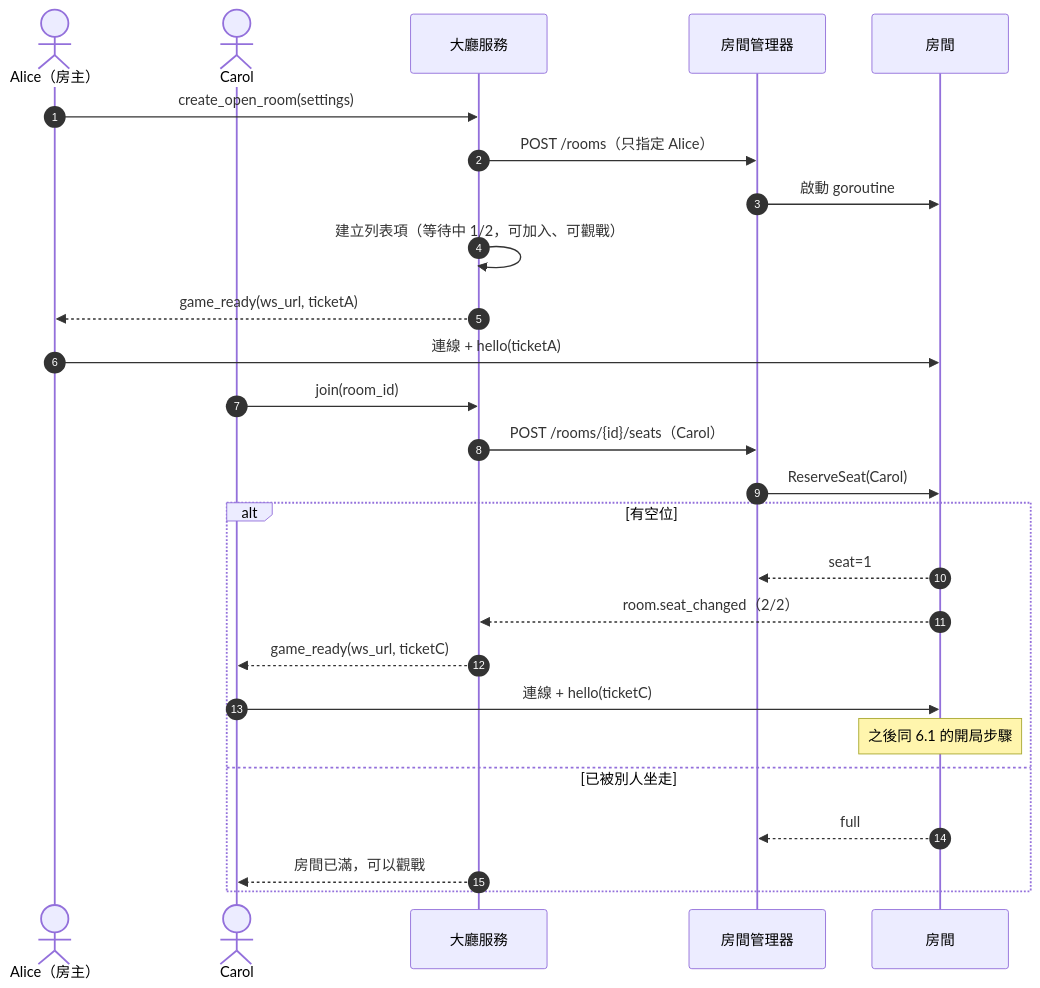
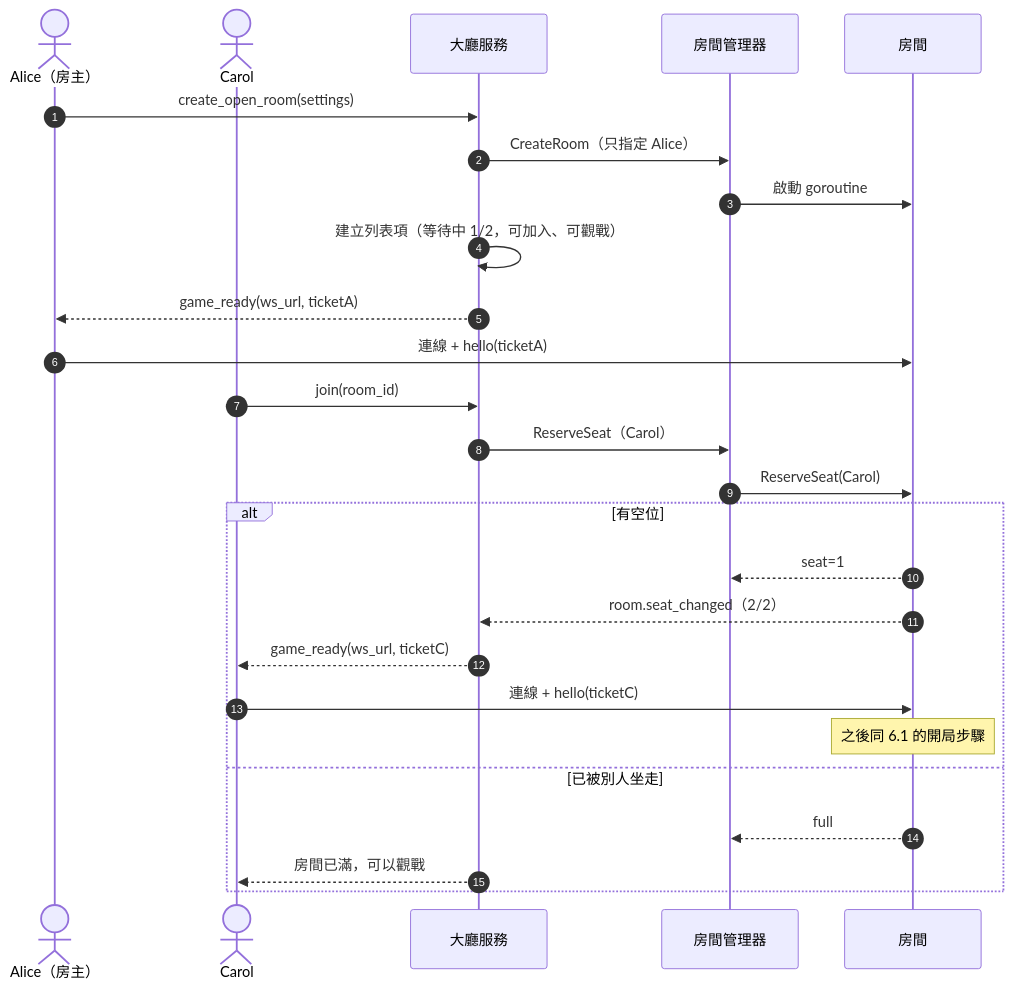
One commit to yshsu0918/yi-arena changed the third of 5 diagrams in docs/arch2.md. Above: the diagram before and after it, drawn with Mermaid. The commit also changed other lines of this file and 1 other file, not shown here.

First line of the commit message:
Decide route: thin Go lobby, three separate services over gRPC; add roadmap

````diff
--- a/docs/arch2.md
+++ b/docs/arch2.md
@@ -317,29 +330,29 @@
 ```mermaid
 sequenceDiagram
   autonumber
   actor A as Alice（房主）
   actor C as Carol
   participant L as 大廳服務
   participant M as 房間管理器
   participant R as 房間
 
   A->>L: create_open_room(settings)
-  L->>M: POST /rooms（只指定 Alice）
+  L->>M: CreateRoom（只指定 Alice）
   M->>R: 啟動 goroutine
   L->>L: 建立列表項（等待中 1/2，可加入、可觀戰）
   L-->>A: game_ready(ws_url, ticketA)
   A->>R: 連線 + hello(ticketA)
   C->>L: join(room_id)
-  L->>M: POST /rooms/{id}/seats（Carol）
+  L->>M: ReserveSeat（Carol）
   M->>R: ReserveSeat(Carol)
   alt 有空位
     R-->>M: seat=1
     R-->>L: room.seat_changed（2/2）
     L-->>C: game_ready(ws_url, ticketC)
     C->>R: 連線 + hello(ticketC)
     Note over R: 之後同 6.1 的開局步驟
   else 已被別人坐走
     R-->>M: full
     L-->>C: 房間已滿，可以觀戰
   end
 ```
````
